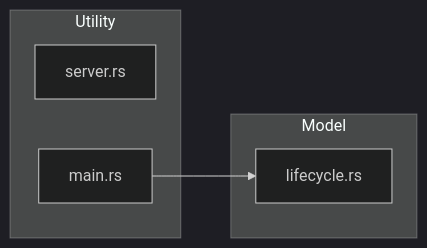
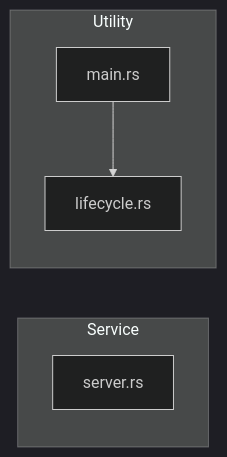
Before and after one commit to Mague/void-stack: the seventh of 8 diagrams in void-stack-analysis.md, drawn with Mermaid (dark theme). The commit also changed other lines of this file and 4 other files, not shown here.

````diff
--- a/void-stack-analysis.md
+++ b/void-stack-analysis.md
@@ -1306,11 +1309,11 @@
 ```mermaid
 graph LR
-    subgraph model ["Model"]
-        src_lifecycle_rs["lifecycle.rs"]
+    subgraph service ["Service"]
+        src_server_rs["server.rs"]
     end
     subgraph utility ["Utility"]
-        src_server_rs["server.rs"]
         src_main_rs["main.rs"]
+        src_lifecycle_rs["lifecycle.rs"]
     end
     src_main_rs --> src_lifecycle_rs
 ```
````
